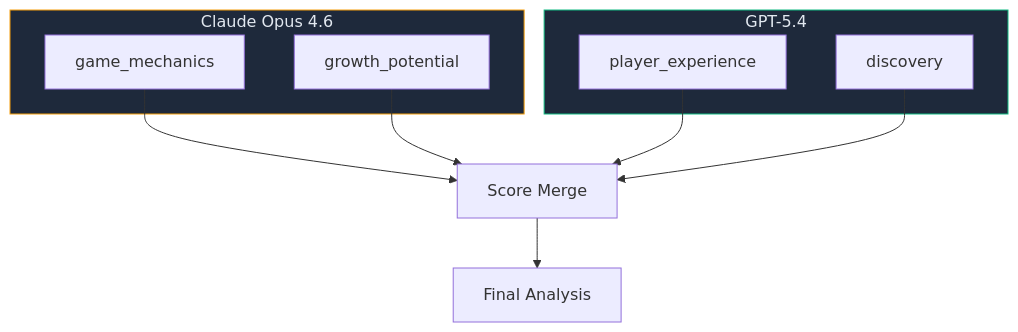
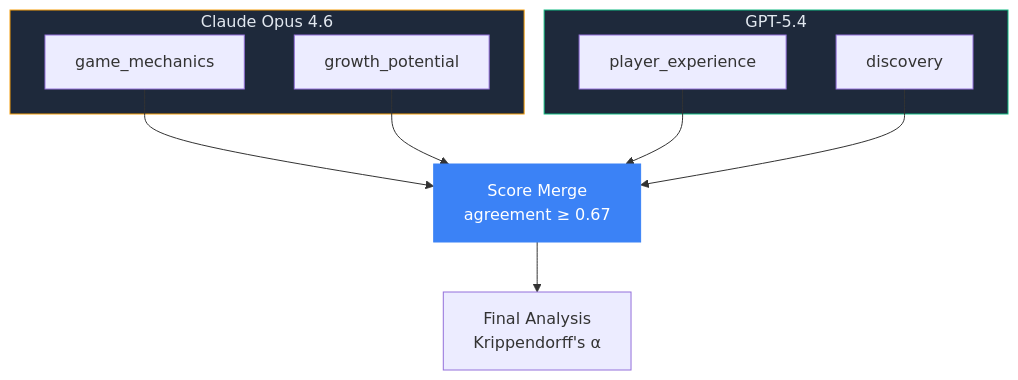
The fourth of 7 diagrams in README.md (mangowhoiscloud/geode), drawn with Mermaid before and after one commit. The commit also changed other lines of this file and 1 other file, not shown here.

First line of the commit message:
docs: comprehensive README v0.7.0 update with mermaid diagrams

````diff
--- a/README.md
+++ b/README.md
@@ -125,21 +160,22 @@
 ```mermaid
 graph TB
     subgraph Primary["Claude Opus 4.6"]
         GM["game_mechanics"]
         GP["growth_potential"]
     end
 
     subgraph Secondary["GPT-5.4"]
         PE["player_experience"]
         DI["discovery"]
     end
 
-    GM --> Merge["Score Merge"]
+    GM --> Merge["Score Merge<br/>agreement ≥ 0.67"]
     GP --> Merge
     PE --> Merge
     DI --> Merge
-    Merge --> Final["Final Analysis"]
+    Merge --> Final["Final Analysis<br/>Krippendorff's α"]
 
     style Primary fill:#1e293b,stroke:#f59e0b,color:#e2e8f0
     style Secondary fill:#1e293b,stroke:#10b981,color:#e2e8f0
+    style Merge fill:#3b82f6,stroke:#3b82f6,color:#fff
 ```
````
